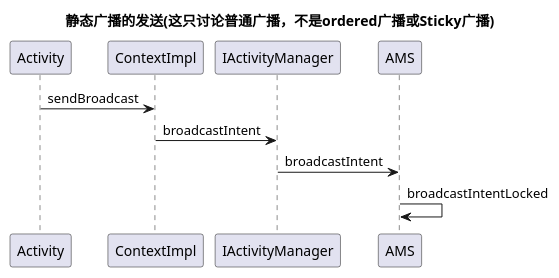
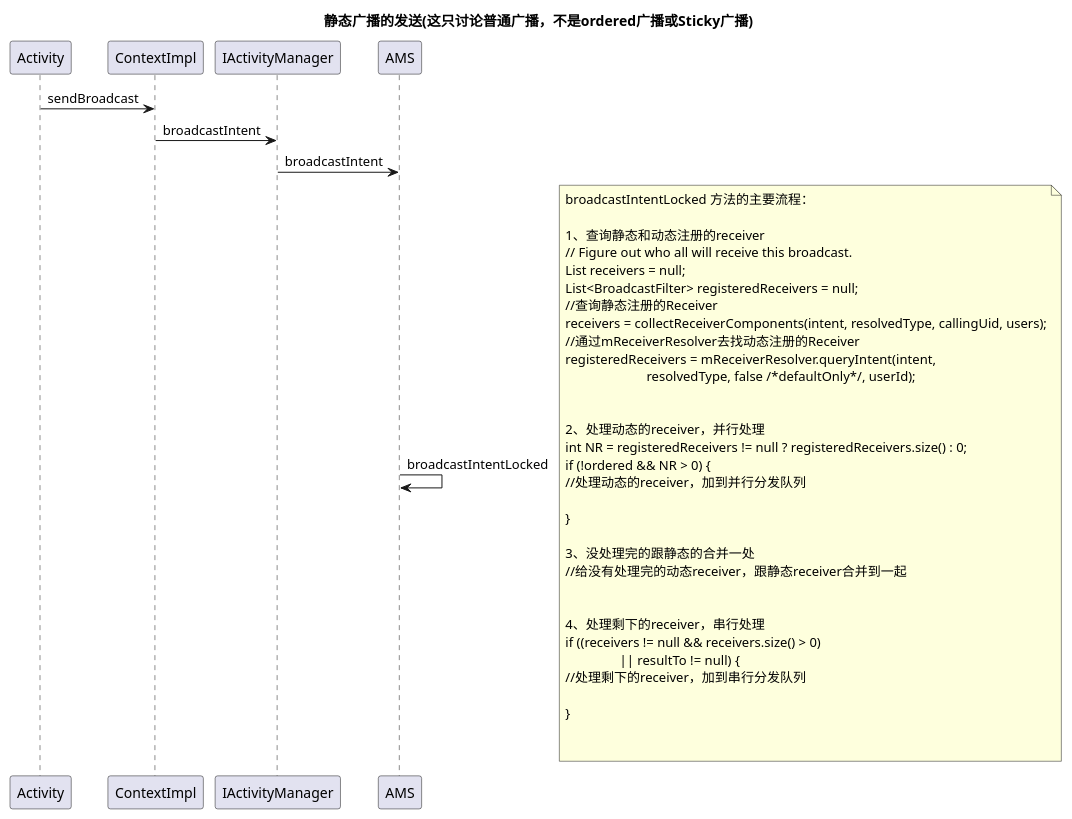
One commit to KentTJ/ImoocRxJavaStudy changed the diagram in Android_framework_sequences/广播_静态广播_02_发送.puml. Above: the diagram before and after it, drawn with PlantUML.

Commit message:
静态广播。

```diff
--- a/Android_framework_sequences/广播_静态广播_02_发送.puml
+++ b/Android_framework_sequences/广播_静态广播_02_发送.puml
@@ -1,14 +1,46 @@
 @startuml
 title 静态广播的发送(这只讨论普通广播，不是ordered广播或Sticky广播)
 
 Activity -> ContextImpl : sendBroadcast
 
 ContextImpl -> IActivityManager : broadcastIntent
 
 IActivityManager -> AMS : broadcastIntent
 
 AMS -> AMS : broadcastIntentLocked
+note right
+broadcastIntentLocked 方法的主要流程：
+
+1、查询静态和动态注册的receiver
+// Figure out who all will receive this broadcast.
+List receivers = null;
+List<BroadcastFilter> registeredReceivers = null;
+//查询静态注册的Receiver
+receivers = collectReceiverComponents(intent, resolvedType, callingUid, users);
+//通过mReceiverResolver去找动态注册的Receiver
+registeredReceivers = mReceiverResolver.queryIntent(intent,
+                        resolvedType, false /*defaultOnly*/, userId);
 
 
+2、处理动态的receiver，并行处理
+int NR = registeredReceivers != null ? registeredReceivers.size() : 0;
+if (!ordered && NR > 0) {
+//处理动态的receiver，加到并行分发队列
+
+}
+
+3、没处理完的跟静态的合并一处
+//给没有处理完的动态receiver，跟静态receiver合并到一起
+
+
+4、处理剩下的receiver，串行处理
+if ((receivers != null && receivers.size() > 0)
+                || resultTo != null) {
+//处理剩下的receiver，加到串行分发队列
+
+}
+
+
+end note
 
 @enduml
```
